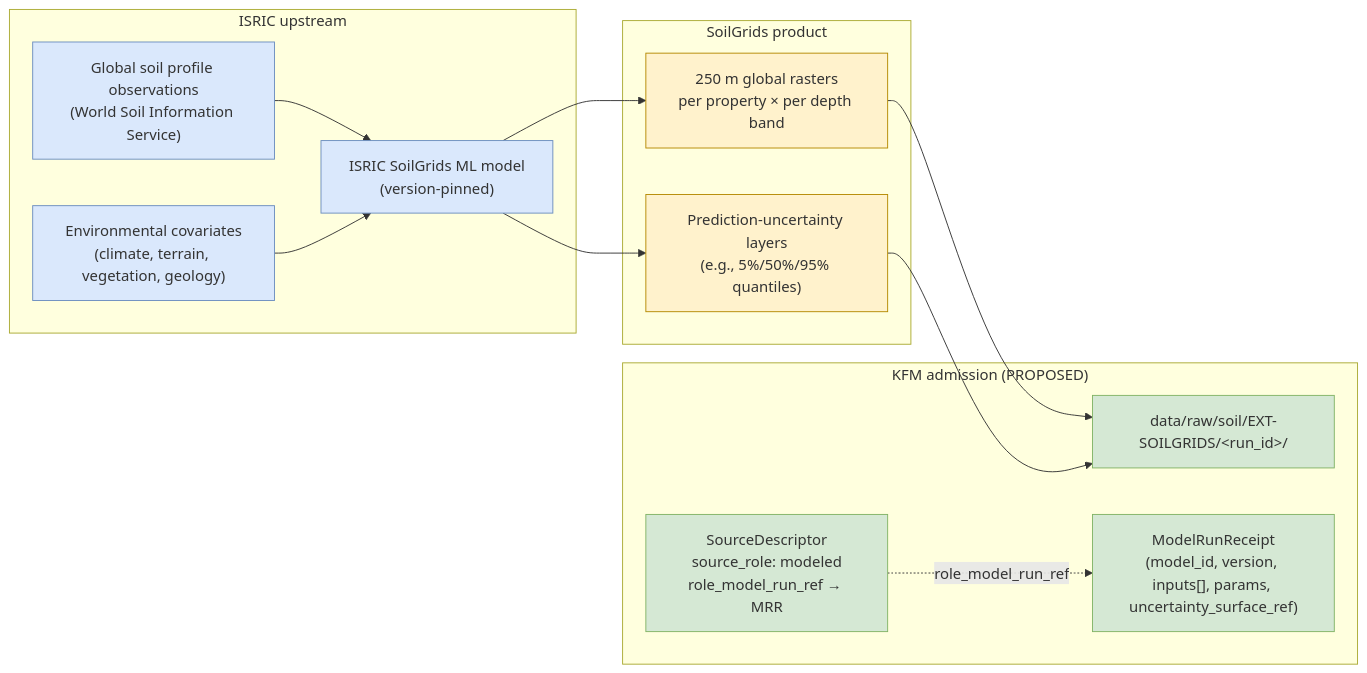
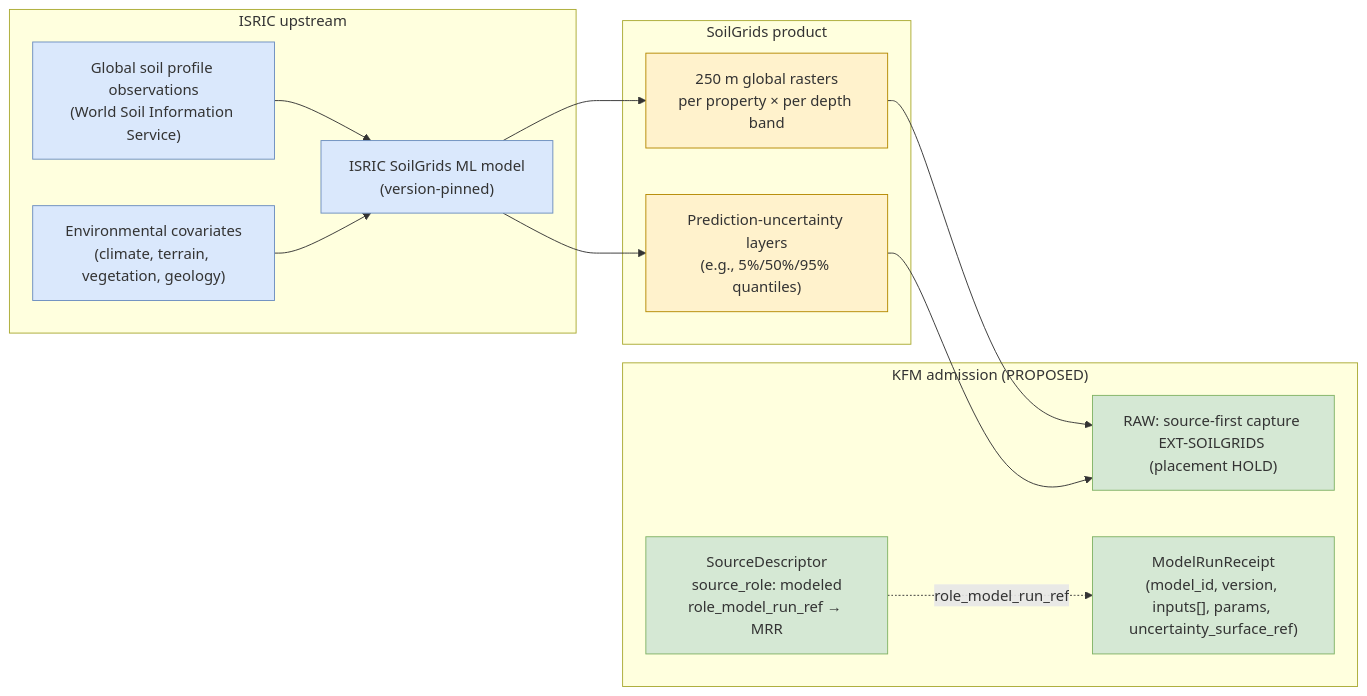
Before and after one commit to bartytime4life/Kansas-Frontier-Matrix: the diagram in docs/sources/catalog/isric/isric-soilgrids.md, drawn with Mermaid. The commit also changed other lines of this file and 10 other files, not shown here.

First line of the commit message:
docs(sources): align soil source-catalog RAW paths with source-first DIR-SOURCE-001

````diff
--- a/docs/sources/catalog/isric/isric-soilgrids.md
+++ b/docs/sources/catalog/isric/isric-soilgrids.md
@@ -117,33 +110,33 @@
 ```mermaid
 flowchart LR
     subgraph UPSTREAM["ISRIC upstream"]
         OBS["Global soil profile observations<br/>(World Soil Information Service)"]
         COV["Environmental covariates<br/>(climate, terrain, vegetation, geology)"]
         MODEL["ISRIC SoilGrids ML model<br/>(version-pinned)"]
         OBS --> MODEL
         COV --> MODEL
     end
 
     subgraph PRODUCT["SoilGrids product"]
         RASTER["250 m global rasters<br/>per property × per depth band"]
         UNC["Prediction-uncertainty layers<br/>(e.g., 5%/50%/95% quantiles)"]
         MODEL --> RASTER
         MODEL --> UNC
     end
 
     subgraph KFM["KFM admission (PROPOSED)"]
-        RAW["data/raw/soil/EXT-SOILGRIDS/&lt;run_id&gt;/"]
+        RAW["RAW: source-first capture EXT-SOILGRIDS (placement HOLD)"]
         MRR["ModelRunReceipt<br/>(model_id, version, inputs[], params, uncertainty_surface_ref)"]
         SD["SourceDescriptor<br/>source_role: modeled<br/>role_model_run_ref → MRR"]
         RASTER --> RAW
         UNC --> RAW
         SD -.role_model_run_ref.-> MRR
     end
 
     classDef upstream fill:#dae8fc,stroke:#6c8ebf;
     classDef product fill:#fff2cc,stroke:#b58900;
     classDef kfm fill:#d5e8d4,stroke:#82b366;
     class OBS,COV,MODEL upstream
     class RASTER,UNC product
     class RAW,MRR,SD kfm
 ```
````
